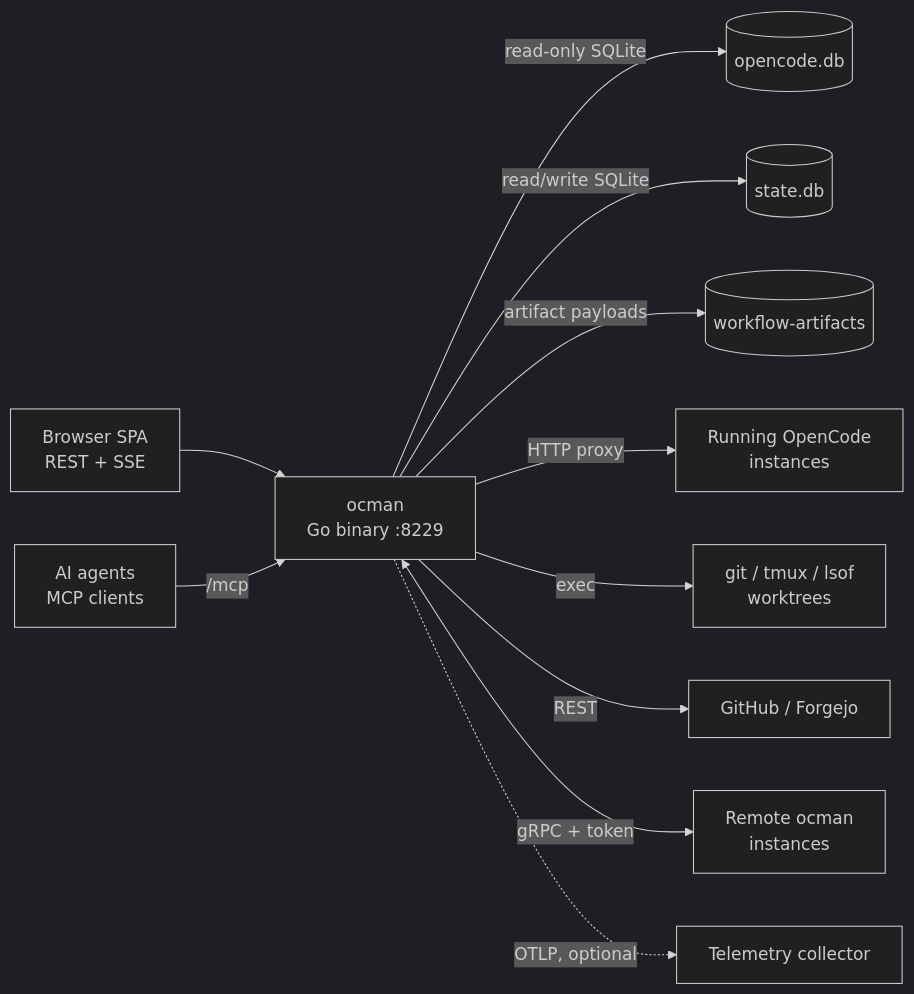
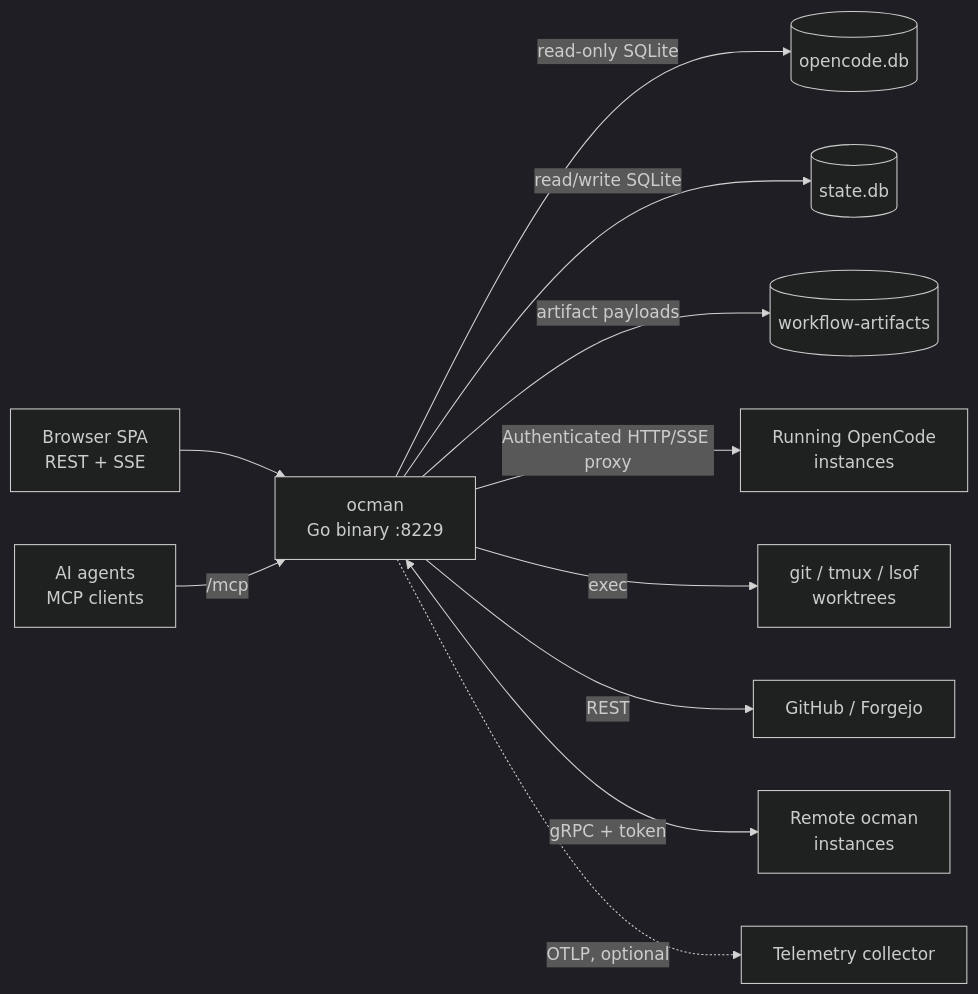
The first of 4 diagrams in docs/architecture.md (ocman/ocman), drawn with Mermaid (dark theme) before and after one commit. The commit also changed other lines of this file and 27 other files, not shown here.

````diff
--- a/docs/architecture.md
+++ b/docs/architecture.md
@@ -15,13 +15,13 @@
 ```mermaid
 flowchart LR
     Browser[Browser SPA<br/>REST + SSE] --> Ocman[ocman<br/>Go binary :8229]
     Agent[AI agents<br/>MCP clients] -->|/mcp| Ocman
     Ocman -->|read-only SQLite| OCDB[(opencode.db)]
     Ocman -->|read/write SQLite| StateDB[(state.db)]
     Ocman -->|artifact payloads| Blobs[(workflow-artifacts)]
-    Ocman -->|HTTP proxy| OCInst[Running OpenCode<br/>instances]
+    Ocman -->|Authenticated HTTP/SSE proxy| OCInst[Running OpenCode<br/>instances]
     Ocman -->|exec| Shell[git / tmux / lsof<br/>worktrees]
     Ocman -->|REST| Forges[GitHub / Forgejo]
     Ocman <-->|gRPC + token| Remotes[Remote ocman<br/>instances]
     Ocman -.->|OTLP, optional| Otel[Telemetry collector]
 ```
````
